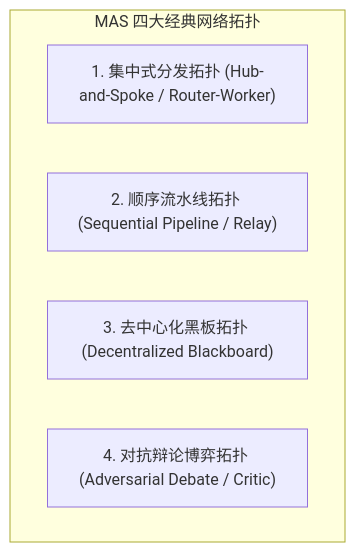
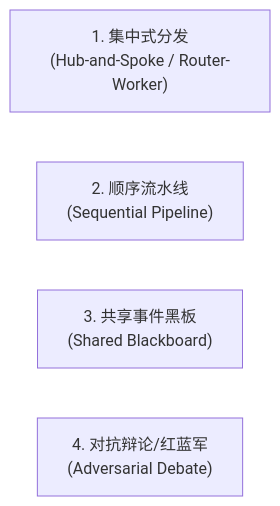
Before and after one commit to ljh12138164/ai-agent-study: the second of 3 diagrams in app/ch10-multi-agent/01-multi-agent-topologies/page.mdx, drawn with Mermaid. The commit also changed other lines of this file and 43 other files, not shown here.

````diff
--- a/app/ch10-multi-agent/01-multi-agent-topologies/page.mdx
+++ b/app/ch10-multi-agent/01-multi-agent-topologies/page.mdx
@@ -32,9 +31,7 @@
 ```mermaid
-graph TD
-    subgraph Topologies["MAS 四大经典网络拓扑"]
-        T1["1. 集中式分发拓扑 (Hub-and-Spoke / Router-Worker)"]
-        T2["2. 顺序流水线拓扑 (Sequential Pipeline / Relay)"]
-        T3["3. 去中心化黑板拓扑 (Decentralized Blackboard)"]
-        T4["4. 对抗辩论博弈拓扑 (Adversarial Debate / Critic)"]
-    end
+flowchart LR
+    T1["1. 集中式分发<br/>(Hub-and-Spoke / Router-Worker)"]
+    T2["2. 顺序流水线<br/>(Sequential Pipeline)"]
+    T3["3. 共享事件黑板<br/>(Shared Blackboard)"]
+    T4["4. 对抗辩论/红蓝军<br/>(Adversarial Debate)"]
 ```
````
